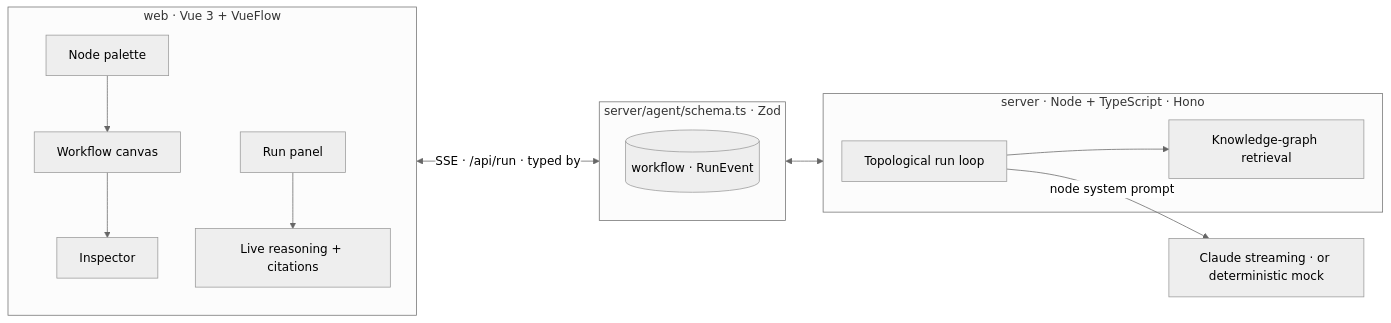
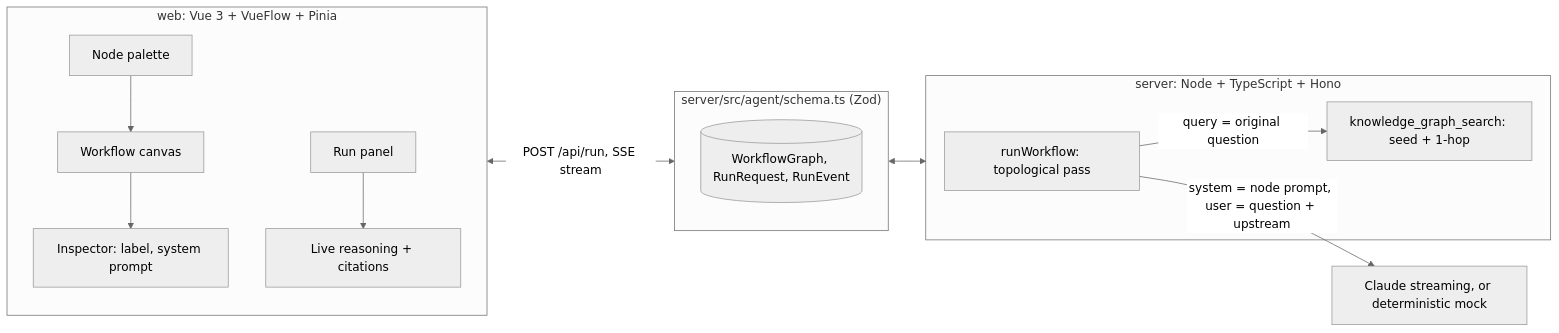
The diagram in README.md (soneeee22000/agentcanvas), drawn with Mermaid (neutral theme) before and after one commit. The commit also changed other lines of this file and 2 other files, not shown here.

````diff
--- a/README.md
+++ b/README.md
@@ -35,22 +35,22 @@
 ```mermaid
 flowchart LR
-  subgraph Web["web · Vue 3 + VueFlow"]
-    Palette[Node palette] --> Canvas[Workflow canvas]
-    Canvas --> Inspector[Inspector]
-    RunBtn[Run panel] --> Trace[Live reasoning + citations]
+  subgraph Web["web: Vue 3 + VueFlow + Pinia"]
+    Palette["Node palette"] --> Canvas["Workflow canvas"]
+    Canvas --> Inspector["Inspector: label, system prompt"]
+    RunBtn["Run panel"] --> Trace["Live reasoning + citations"]
   end
 
-  subgraph Contracts["server/agent/schema.ts · Zod"]
-    SC[(workflow · RunEvent)]
+  subgraph Contracts["server/src/agent/schema.ts (Zod)"]
+    SC[("WorkflowGraph, RunRequest, RunEvent")]
   end
 
-  subgraph Server["server · Node + TypeScript · Hono"]
-    Loop[Topological run loop]
-    Tools[Knowledge-graph retrieval]
+  subgraph Server["server: Node + TypeScript + Hono"]
+    Loop["runWorkflow: topological pass"]
+    Tools["knowledge_graph_search: seed + 1-hop"]
   end
 
-  Web <-->|SSE · /api/run · typed by| Contracts
+  Web <-->|"POST /api/run, SSE stream"| Contracts
   Contracts <--> Server
-  Loop --> Tools
-  Loop -->|node system prompt| Model[Claude streaming · or deterministic mock]
+  Loop -->|"query = original question"| Tools
+  Loop -->|"system = node prompt, user = question + upstream"| Model["Claude streaming, or deterministic mock"]
 ```
````
